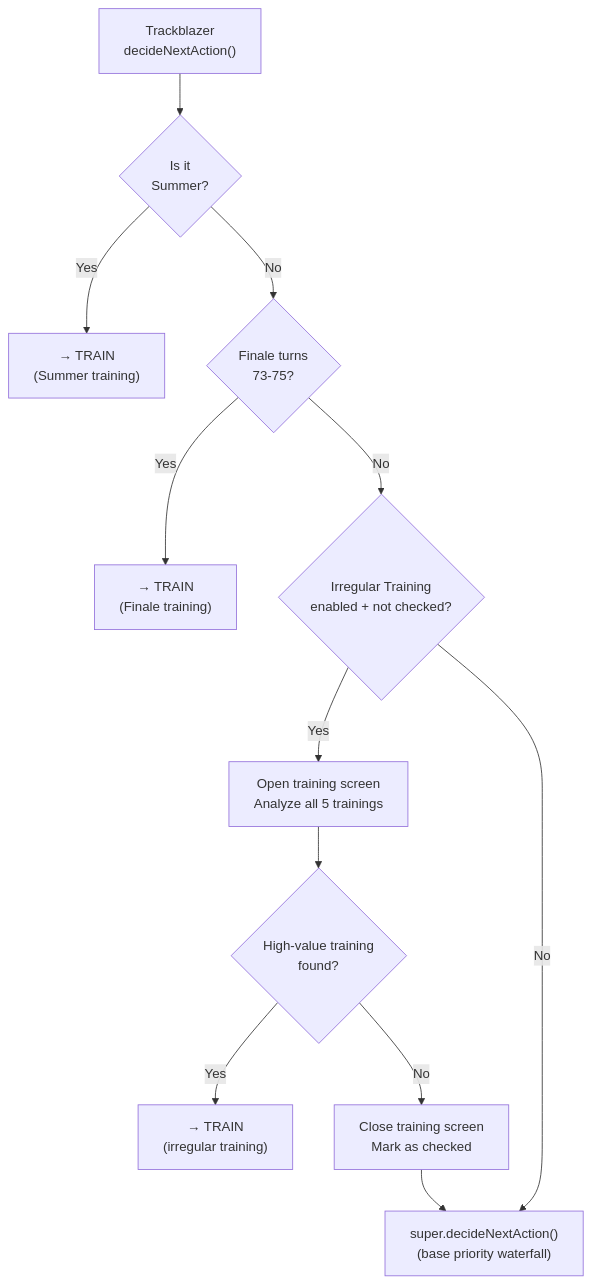
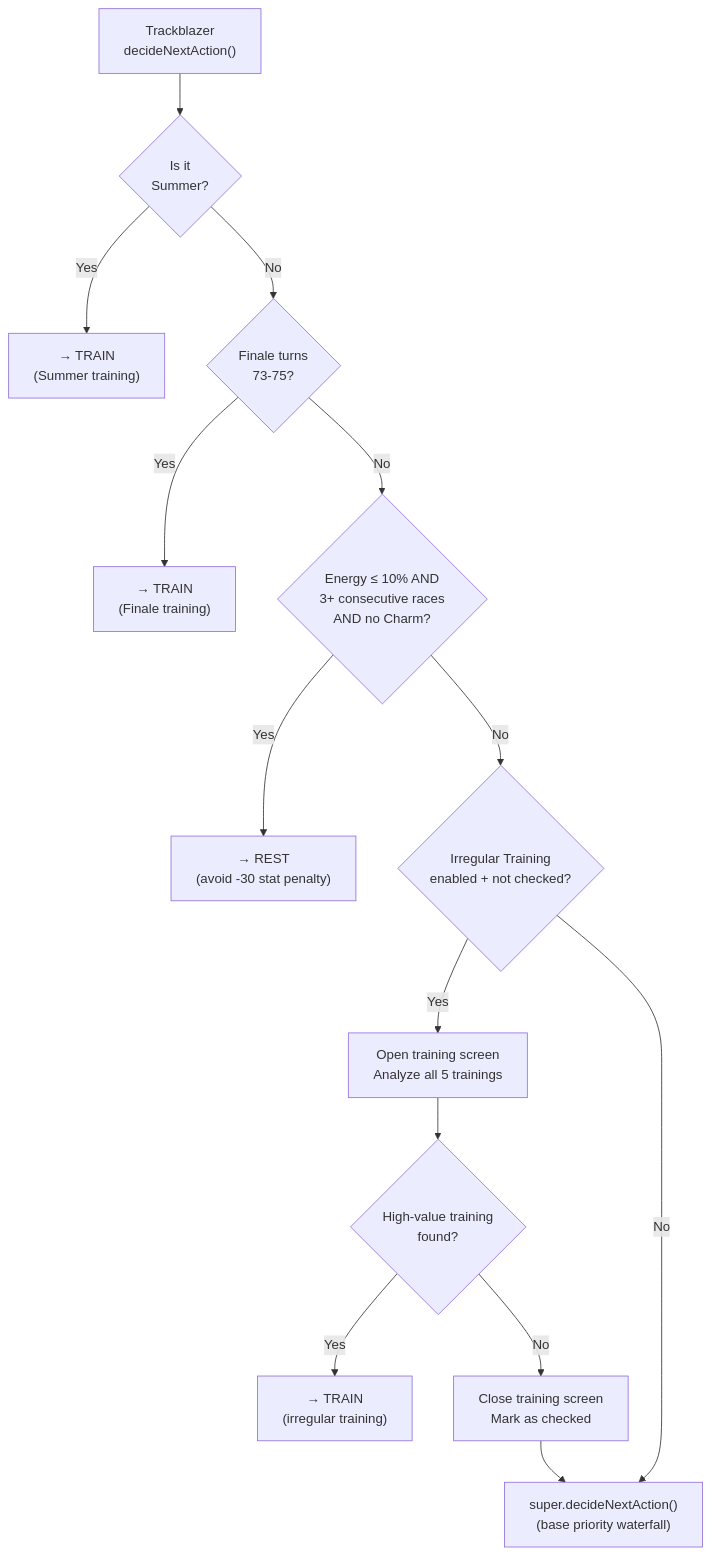
The seventh of 7 diagrams in HOW_IT_WORKS.md (bruhbruhlmaoo/uma-android-automation), drawn with Mermaid before and after one commit. The commit also changed other lines of this file, not shown here.

````diff
--- a/HOW_IT_WORKS.md
+++ b/HOW_IT_WORKS.md
@@ -569,14 +569,16 @@
 ```mermaid
 flowchart TD
     Start["Trackblazer\ndecideNextAction()"] --> Summer{"Is it\nSummer?"}
     Summer -->|Yes| TRAIN["→ TRAIN\n(Summer training)"]
     Summer -->|No| Finale{"Finale turns\n73-75?"}
     Finale -->|Yes| TRAIN2["→ TRAIN\n(Finale training)"]
-    Finale -->|No| Irregular{"Irregular Training\nenabled + not checked?"}
+    Finale -->|No| EnergyGuard{"Energy ≤ 10% AND\n3+ consecutive races\nAND no Charm?"}
+    EnergyGuard -->|Yes| REST["→ REST\n(avoid -30 stat penalty)"]
+    EnergyGuard -->|No| Irregular{"Irregular Training\nenabled + not checked?"}
     Irregular -->|Yes| EvalTraining["Open training screen\nAnalyze all 5 trainings"]
     EvalTraining --> ValidFound{"High-value training\nfound?"}
     ValidFound -->|Yes| TRAIN3["→ TRAIN\n(irregular training)"]
     ValidFound -->|No| BackOut["Close training screen\nMark as checked"]
     BackOut --> BaseDecision["super.decideNextAction()\n(base priority waterfall)"]
     Irregular -->|No| BaseDecision
 ```
````
